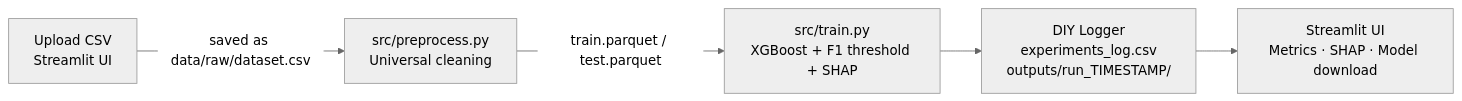
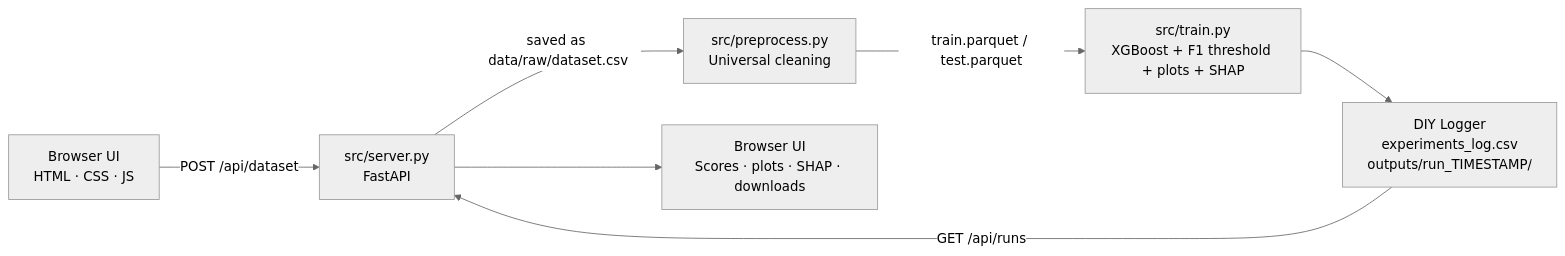
One commit to himendrafadh/Dockerized-ML-Training-Pipeline changed the diagram in README.md. Above: the diagram before and after it, drawn with Mermaid (neutral theme). The commit also changed other lines of this file and 15 other files, not shown here.

First line of the commit message:
Add initial implementation of Mini-AutoML UI with favicon, HTML structure, and CSS styling

````diff
--- a/README.md
+++ b/README.md
@@ -43,7 +51,9 @@
 ```mermaid
 flowchart LR
-    A[Upload CSV<br/>Streamlit UI] -->|saved as data/raw/dataset.csv| B[src/preprocess.py<br/>Universal cleaning]
-    B -->|train.parquet / test.parquet| C[src/train.py<br/>XGBoost + F1 threshold + SHAP]
+    A[Browser UI<br/>HTML · CSS · JS] -->|POST /api/dataset| S[src/server.py<br/>FastAPI]
+    S -->|saved as data/raw/dataset.csv| B[src/preprocess.py<br/>Universal cleaning]
+    B -->|train.parquet / test.parquet| C[src/train.py<br/>XGBoost + F1 threshold + plots + SHAP]
     C --> D[DIY Logger<br/>experiments_log.csv<br/>outputs/run_TIMESTAMP/]
-    D --> E[Streamlit UI<br/>Metrics · SHAP · Model download]
+    D -->|GET /api/runs| S
+    S --> E[Browser UI<br/>Scores · plots · SHAP · downloads]
 ```
````
